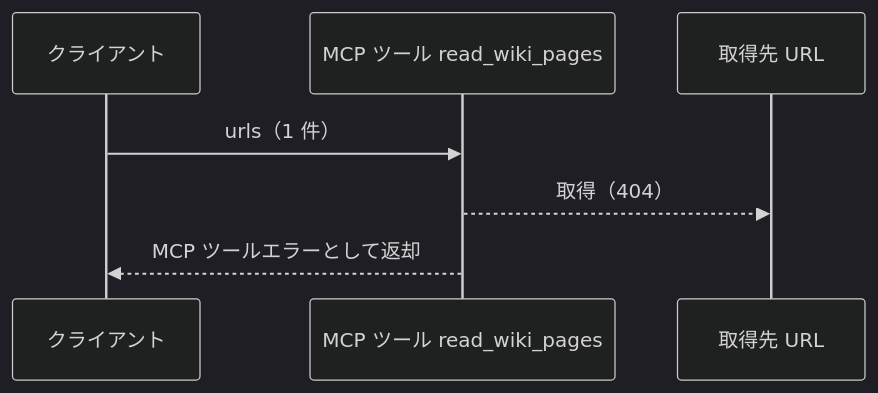
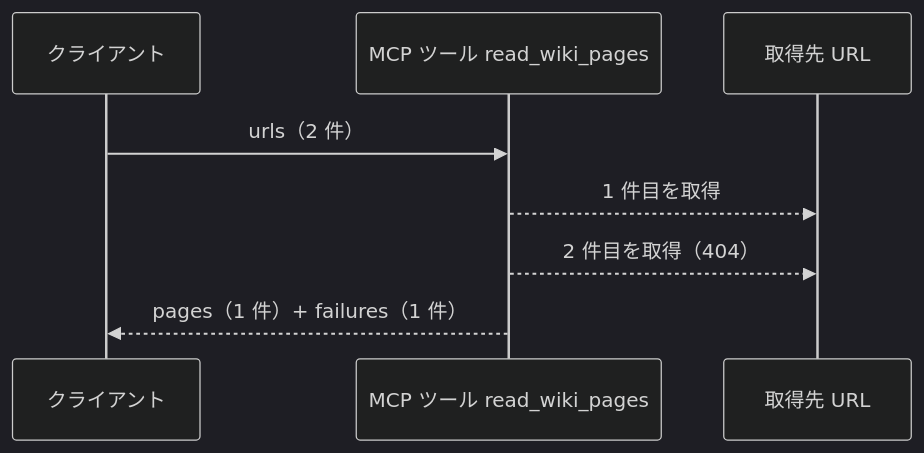
One commit to shuhei1101/ai-monitor changed the fourth of 4 diagrams in docs/wiki/設計図/バックエンド結合/Wikiページ取得.py.md. Above: the diagram before and after it, drawn with Mermaid (dark theme). The commit also changed other lines of this file and 5 other files, not shown here.

````diff
--- a/docs/wiki/設計図/バックエンド結合/Wikiページ取得.py.md
+++ b/docs/wiki/設計図/バックエンド結合/Wikiページ取得.py.md
@@ -170,10 +180,11 @@
 ```mermaid
 sequenceDiagram
   participant C as クライアント
   participant IF as MCP ツール read_wiki_pages
   participant W as 取得先 URL
 
-  C->>IF: urls（1 件）
-  IF-->>W: 取得（404）
-  IF-->>C: MCP ツールエラーとして返却
+  C->>IF: urls（2 件）
+  IF-->>W: 1 件目を取得
+  IF-->>W: 2 件目を取得（404）
+  IF-->>C: pages（1 件）+ failures（1 件）
 ```
````
